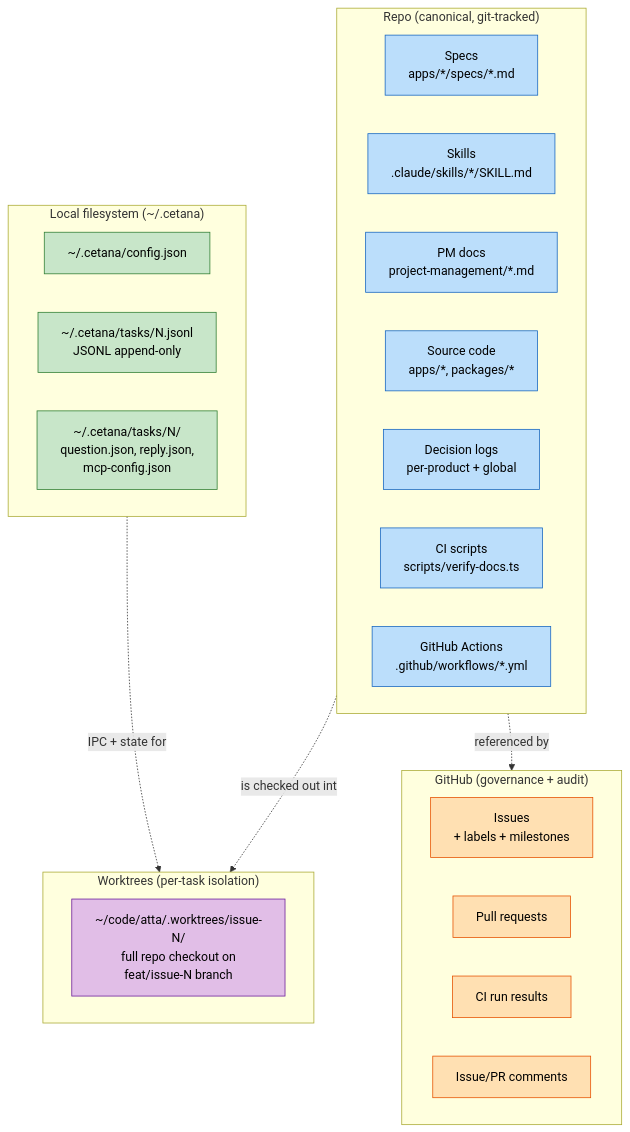
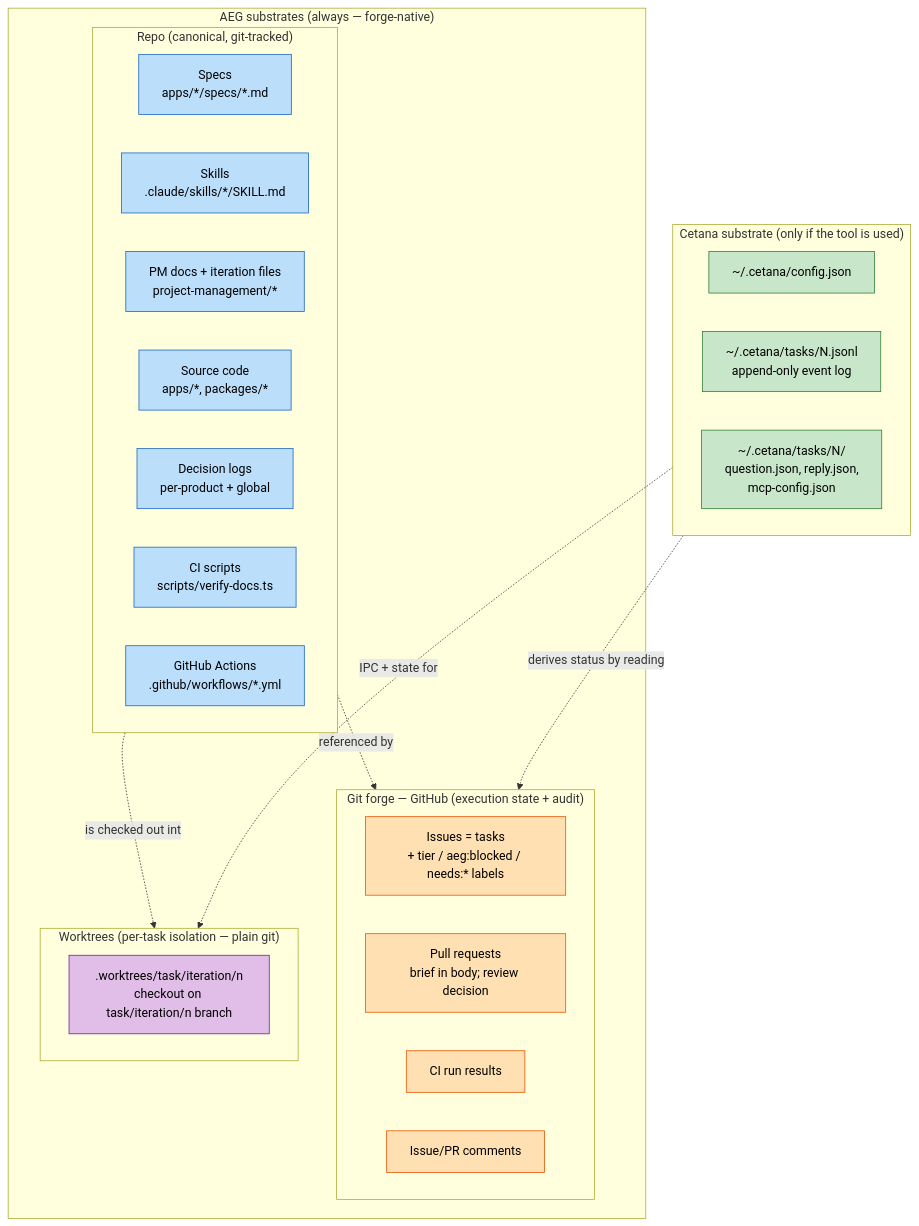
Before and after one commit to atta-labs/attalabs: the first of 8 diagrams in project-management/diagrams/system-architecture.md, drawn with Mermaid. The commit also changed other lines of this file, not shown here.

````diff
--- a/project-management/diagrams/system-architecture.md
+++ b/project-management/diagrams/system-architecture.md
@@ -24,43 +19,44 @@
 ```mermaid
 flowchart TB
-    subgraph Repo["Repo (canonical, git-tracked)"]
-        Specs[Specs<br/>apps/*/specs/*.md]
-        Skills[Skills<br/>.claude/skills/*/SKILL.md]
-        PMDocs[PM docs<br/>project-management/*.md]
-        Code[Source code<br/>apps/*, packages/*]
-        DecLogs[Decision logs<br/>per-product + global]
-        Scripts[CI scripts<br/>scripts/verify-docs.ts]
-        Workflows[GitHub Actions<br/>.github/workflows/*.yml]
+    subgraph AEG["AEG substrates (always — forge-native)"]
+        subgraph Repo["Repo (canonical, git-tracked)"]
+            Specs[Specs<br/>apps/*/specs/*.md]
+            Skills[Skills<br/>.claude/skills/*/SKILL.md]
+            PMDocs[PM docs + iteration files<br/>project-management/*]
+            Code[Source code<br/>apps/*, packages/*]
+            DecLogs[Decision logs<br/>per-product + global]
+            Scripts[CI scripts<br/>scripts/verify-docs.ts]
+            Workflows[GitHub Actions<br/>.github/workflows/*.yml]
+        end
+        subgraph GitHub["Git forge — GitHub (execution state + audit)"]
+            Issues[Issues = tasks<br/>+ tier / aeg:blocked / needs:* labels]
+            PRs[Pull requests<br/>brief in body; review decision]
+            CIRuns[CI run results]
+            Comments[Issue/PR comments]
+        end
+        subgraph Worktrees["Worktrees (per-task isolation — plain git)"]
+            WT[.worktrees/task/iteration/n<br/>checkout on task/iteration/n branch]
+        end
     end
 
-    subgraph GitHub["GitHub (governance + audit)"]
-        Issues[Issues<br/>+ labels + milestones]
-        PRs[Pull requests]
-        CIRuns[CI run results]
-        Comments[Issue/PR comments]
-    end
-
-    subgraph Local["Local filesystem (~/.cetana)"]
+    subgraph Cetana["Cetana substrate (only if the tool is used)"]
         Config[~/.cetana/config.json]
-        TaskLogs[~/.cetana/tasks/N.jsonl<br/>JSONL append-only]
+        TaskLogs[~/.cetana/tasks/N.jsonl<br/>append-only event log]
         TaskDirs[~/.cetana/tasks/N/<br/>question.json, reply.json,<br/>mcp-config.json]
-    end
-
-    subgraph Worktrees["Worktrees (per-task isolation)"]
-        WT[~/code/atta/.worktrees/issue-N/<br/>full repo checkout on<br/>feat/issue-N branch]
     end
 
     Repo -.is checked out into.-> Worktrees
     Repo -.referenced by.-> GitHub
-    Local -.IPC + state for.-> Worktrees
+    Cetana -.IPC + state for.-> Worktrees
+    Cetana -.derives status by reading.-> GitHub
 
     classDef repoNode fill:#bbdefb,stroke:#1565c0,color:#000
     classDef githubNode fill:#ffe0b2,stroke:#e65100,color:#000
     classDef localNode fill:#c8e6c9,stroke:#2e7d32,color:#000
     classDef worktreeNode fill:#e1bee7,stroke:#6a1b9a,color:#000
 
     class Specs,Skills,PMDocs,Code,DecLogs,Scripts,Workflows repoNode
     class Issues,PRs,CIRuns,Comments githubNode
     class Config,TaskLogs,TaskDirs localNode
     class WT worktreeNode
 ```
````
